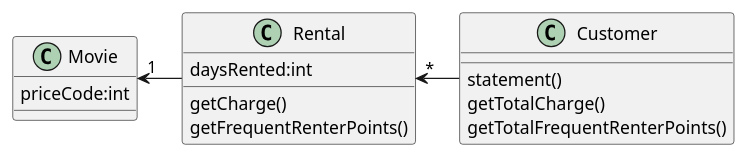
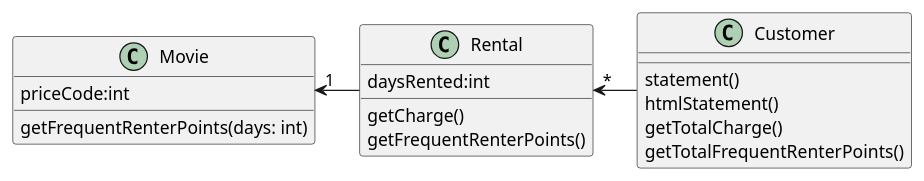
One commit to k2works/etude_for_java changed the second of 3 diagrams in docs/src/refacotring.md. Above: the diagram before and after it, drawn with PlantUML. The commit also changed 9 other files, not shown here.

````diff
--- a/docs/src/refacotring.md
+++ b/docs/src/refacotring.md
@@ -45,17 +45,19 @@
 ```puml
 class Movie {
   priceCode:int
+  getFrequentRenterPoints(days: int)
 }
 class Rental {
   daysRented:int
   getCharge()
   getFrequentRenterPoints()
 }
 class Customer {
   statement()
+  htmlStatement()
   getTotalCharge()
   getTotalFrequentRenterPoints()
 }
 Movie "1"<- Rental
 Rental "*"<- Customer
 ```
````
